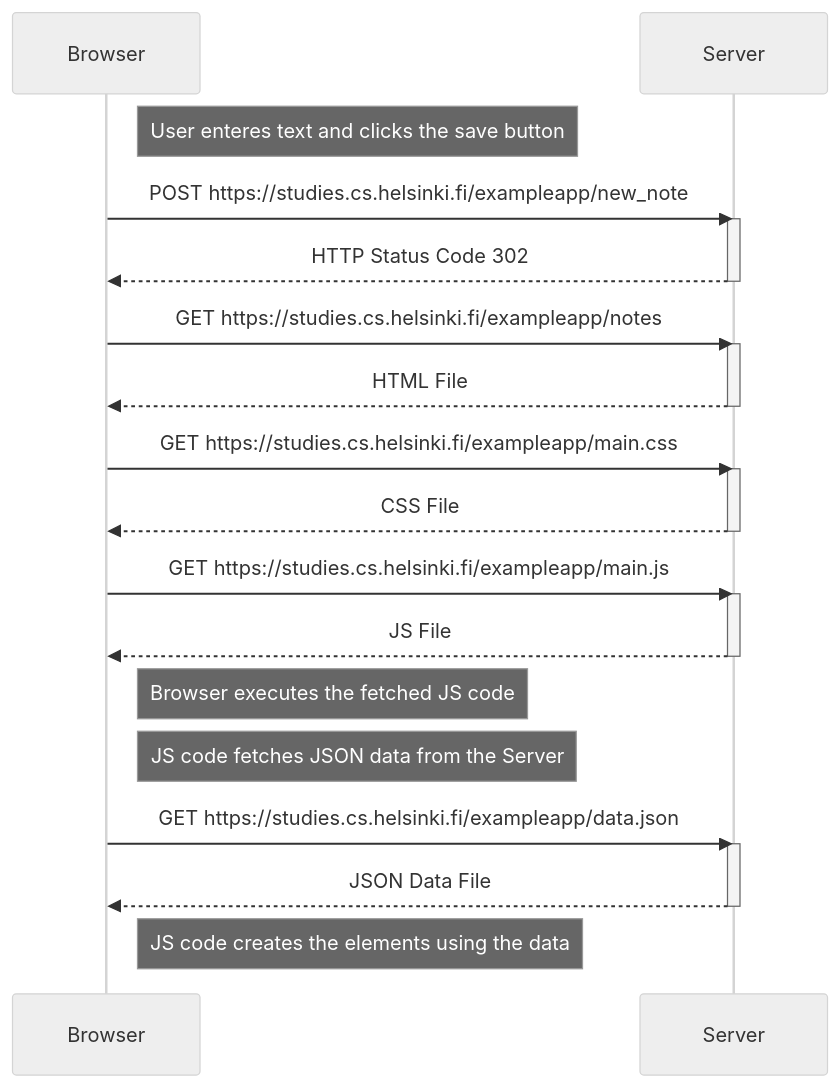
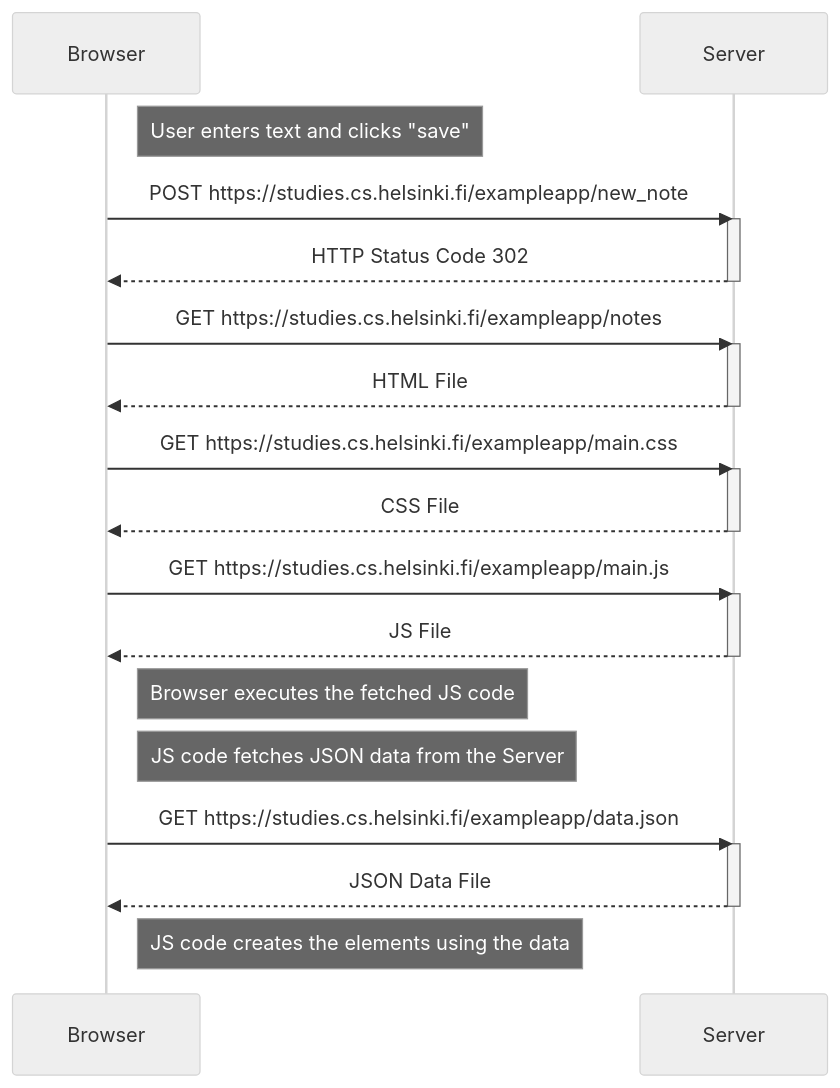
The diagram in 4-new-note-diagram.md (DarkstarXDD/fso-part-0), drawn with Mermaid (neutral theme) before and after one commit.

Commit message:
fix typo and refactor

````diff
--- a/4-new-note-diagram.md
+++ b/4-new-note-diagram.md
@@ -1,38 +1,38 @@
 ```mermaid
 sequenceDiagram
 
 participant Browser
 participant Server
 
-Note right of Browser: User enteres text and clicks the save button
+Note right of Browser: User enters text and clicks "save"
 
 Browser->>Server: POST https://studies.cs.helsinki.fi/exampleapp/new_note
 activate Server
 Server-->>Browser: HTTP Status Code 302
 deactivate Server
 
 Browser->>Server: GET https://studies.cs.helsinki.fi/exampleapp/notes
 activate Server
 Server-->>Browser: HTML File
 deactivate Server
 
 Browser->>Server: GET https://studies.cs.helsinki.fi/exampleapp/main.css
 activate Server
 Server-->>Browser: CSS File
 deactivate Server
 
 Browser->>Server: GET https://studies.cs.helsinki.fi/exampleapp/main.js
 activate Server
 Server-->>Browser: JS File
 deactivate Server
 
 Note right of Browser: Browser executes the fetched JS code
 Note right of Browser: JS code fetches JSON data from the Server
 
 Browser->>Server: GET https://studies.cs.helsinki.fi/exampleapp/data.json
 activate Server
 Server-->>Browser: JSON Data File
 deactivate Server
 
 Note right of Browser: JS code creates the elements using the data
 ```
````
